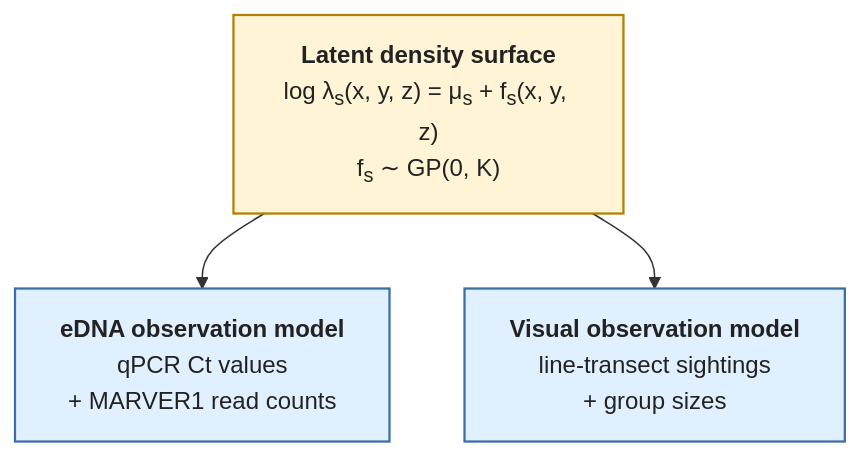
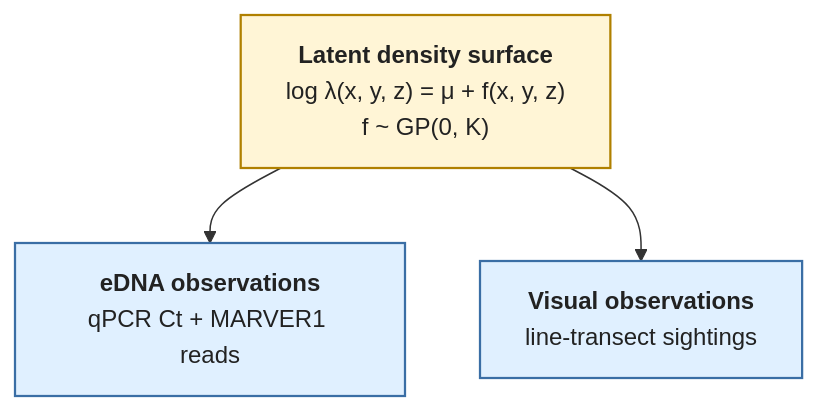
The diagram in presentations/project_goals.qmd (MMARINeDNA/eDNAVisualJointModel), drawn with Mermaid before and after one commit. The commit also changed other lines of this file and 8 other files, not shown here.

````diff
--- a/presentations/project_goals.qmd
+++ b/presentations/project_goals.qmd
@@ -50,12 +48,12 @@
 ```{mermaid}
 %%| fig-align: center
 flowchart TB
-  L["<b>Latent density surface</b><br/>log λ<sub>s</sub>(x, y, z) = μ<sub>s</sub> + f<sub>s</sub>(x, y, z)<br/>f<sub>s</sub> ∼ GP(0, K)"]
-  L --> E["<b>eDNA observation model</b><br/>qPCR Ct values<br/>+ MARVER1 read counts"]
-  L --> V["<b>Visual observation model</b><br/>line-transect sightings<br/>+ group sizes"]
+  L["<b>Latent density surface</b><br/>log λ(x, y, z) = μ + f(x, y, z)<br/>f ~ GP(0, K)"]
+  L --> E["<b>eDNA observations</b><br/>qPCR Ct + MARVER1 reads"]
+  L --> V["<b>Visual observations</b><br/>line-transect sightings"]
 
   classDef latent fill:#fff5d6,stroke:#b08000,stroke-width:1.5px,color:#222;
   classDef obs    fill:#e0f0ff,stroke:#3a6ea5,stroke-width:1.5px,color:#222;
   class L latent;
   class E,V obs;
 ```
````
